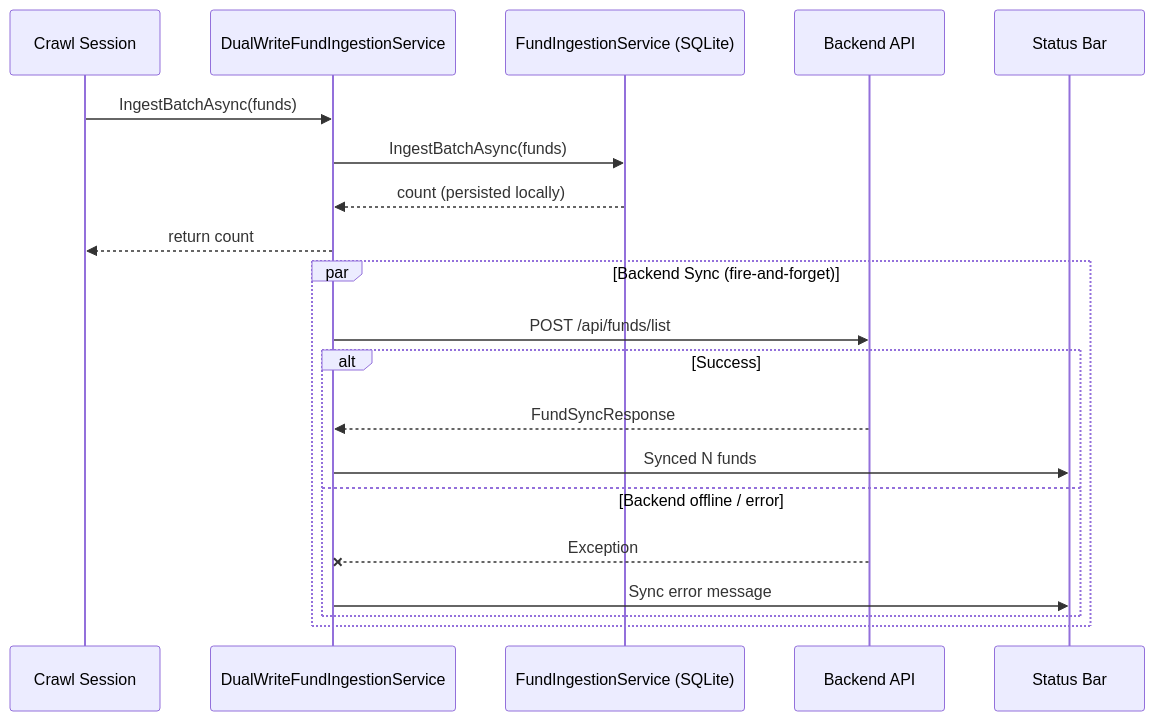
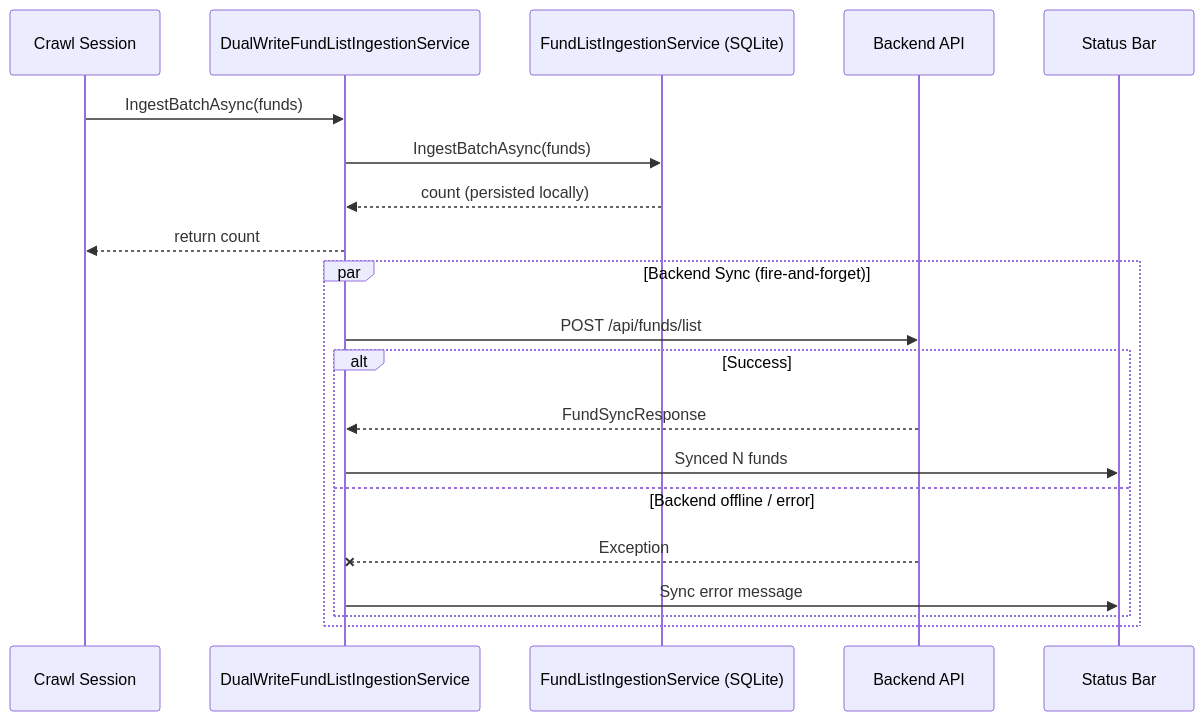
The eighth of 8 diagrams in YieldRaccoon/README.md (Muhomorik/SemanticKernel-FundDocsQnA-dotnet-nextjs), drawn with Mermaid before and after one commit. The commit also changed other lines of this file and 86 other files, not shown here.

````diff
--- a/YieldRaccoon/README.md
+++ b/YieldRaccoon/README.md
@@ -738,24 +739,24 @@
 ```mermaid
 sequenceDiagram
     participant Crawler as Crawl Session
-    participant DW as DualWriteFundIngestionService
-    participant SQLite as FundIngestionService (SQLite)
+    participant DW as DualWriteFundListIngestionService
+    participant SQLite as FundListIngestionService (SQLite)
     participant API as Backend API
     participant StatusBar as Status Bar
 
     Crawler->>DW: IngestBatchAsync(funds)
     DW->>SQLite: IngestBatchAsync(funds)
     SQLite-->>DW: count (persisted locally)
     DW-->>Crawler: return count
 
     par Backend Sync (fire-and-forget)
         DW->>API: POST /api/funds/list
         alt Success
             API-->>DW: FundSyncResponse
             DW->>StatusBar: Synced N funds
         else Backend offline / error
             API--xDW: Exception
             DW->>StatusBar: Sync error message
         end
     end
 ```
````
